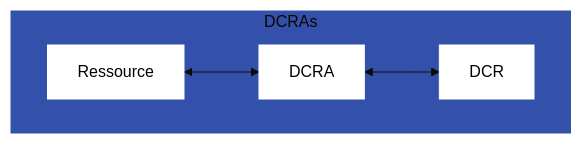
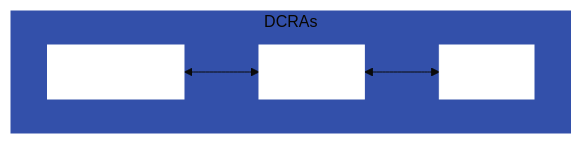
One commit to elouahidiahmed/soc-doc changed the diagram in Sentinel/DCR/01- Règle de collection de données DCR.md. Above: the diagram before and after it, drawn with Mermaid (base theme).

Commit message:
v5 graph

````diff
--- a/Sentinel/DCR/01- Règle de collection de données DCR.md
+++ b/Sentinel/DCR/01- Règle de collection de données DCR.md
@@ -35,14 +35,14 @@
 ``` mermaid
 
 flowchart TB
     subgraph DCRAs [DCRAs]
         Ressource <--> DCRA <--> DCR
     end
 
 style DCRAs fill:#3350aa,stroke:#fff,stroke-width:1px
 
-style Ressource color:#000, fill:#fff, stroke:#fff
-style DCRA     color:#000, fill:#fff, stroke:#fff
-style DCR      color:#000, fill:#fff, stroke:#fff
+style Ressource color:#fff, fill:#fff, stroke:#fff
+style DCRA     color:#fff, fill:#fff, stroke:#fff
+style DCR      color:#fff, fill:#fff, stroke:#fff
 
 ```
````
